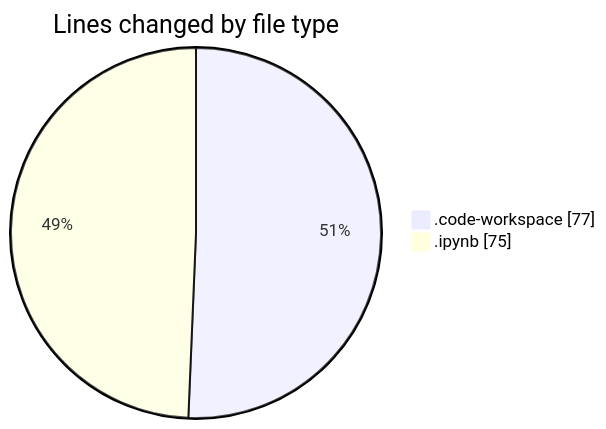
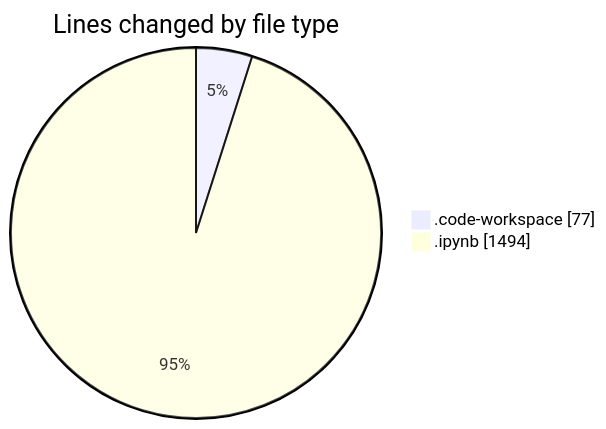
One commit to MatusMokan/code-tracking changed the first of 2 diagrams in 2025-03-14/myws__workspace_/README.md. Above: the diagram before and after it, drawn with Mermaid. The commit also changed other lines of this file and 1 other file, not shown here.

````diff
--- a/2025-03-14/myws__workspace_/README.md
+++ b/2025-03-14/myws__workspace_/README.md
@@ -21,6 +21,6 @@
 ```mermaid
 pie showData
 title Lines changed by file type
 ".code-workspace" : 77
-".ipynb" : 75
+".ipynb" : 1494
 ```
````
